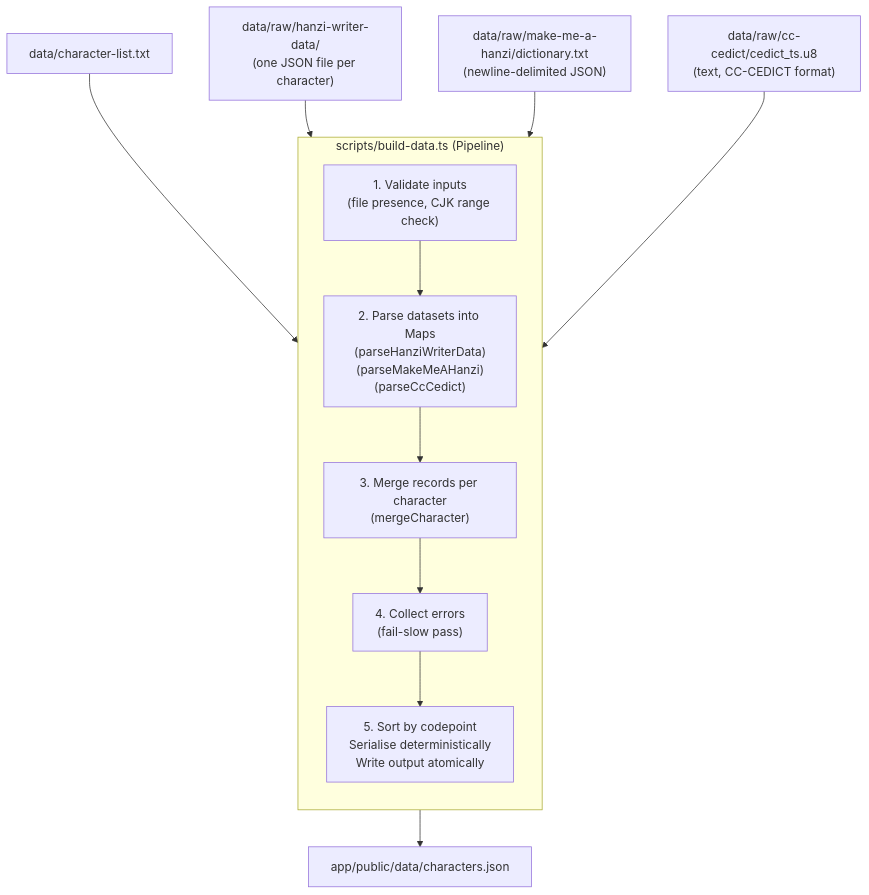
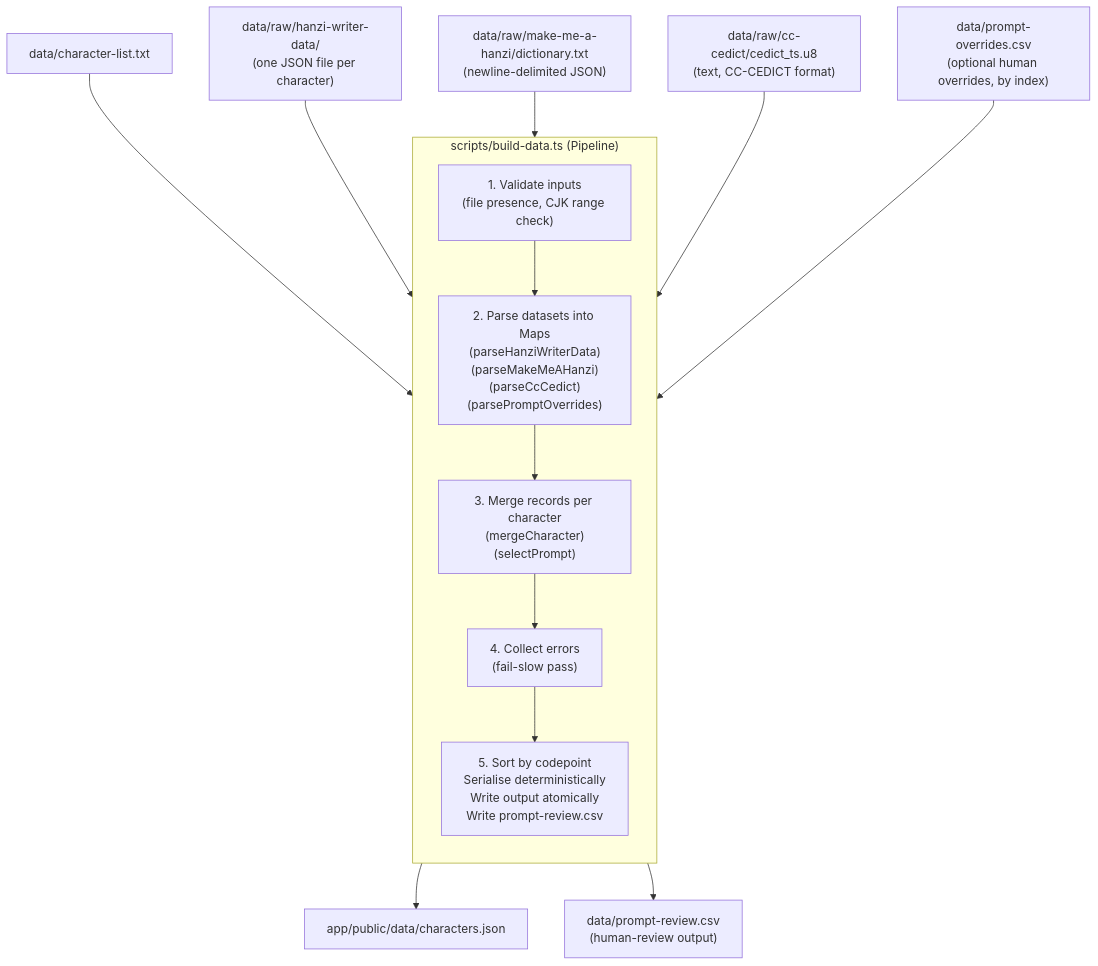
The diagram in .kiro/specs/character-dataset/design.md (Taki-PRO/ghost-script), drawn with Mermaid before and after one commit. The commit also changed other lines of this file and 2 other files, not shown here.

Commit message:
Spec update: per-character ghost prompt (Requirement 6)

````diff
--- a/.kiro/specs/character-dataset/design.md
+++ b/.kiro/specs/character-dataset/design.md
@@ -13,24 +13,27 @@
 ```mermaid
 flowchart TD
     CL["data/character-list.txt"]
     HWD["data/raw/hanzi-writer-data/\n(one JSON file per character)"]
     MMH["data/raw/make-me-a-hanzi/dictionary.txt\n(newline-delimited JSON)"]
     CCD["data/raw/cc-cedict/cedict_ts.u8\n(text, CC-CEDICT format)"]
+    OVR["data/prompt-overrides.csv\n(optional human overrides, by index)"]
 
     CL --> P
     HWD --> P
     MMH --> P
     CCD --> P
+    OVR --> P
 
     subgraph P["scripts/build-data.ts  (Pipeline)"]
         direction TB
         V["1. Validate inputs\n(file presence, CJK range check)"]
-        PA["2. Parse datasets into Maps\n(parseHanziWriterData)\n(parseMakeMeAHanzi)\n(parseCcCedict)"]
-        MG["3. Merge records per character\n(mergeCharacter)"]
+        PA["2. Parse datasets into Maps\n(parseHanziWriterData)\n(parseMakeMeAHanzi)\n(parseCcCedict)\n(parsePromptOverrides)"]
+        MG["3. Merge records per character\n(mergeCharacter)\n(selectPrompt)"]
         ER["4. Collect errors\n(fail-slow pass)"]
-        SV["5. Sort by codepoint\nSerialise deterministically\nWrite output atomically"]
+        SV["5. Sort by codepoint\nSerialise deterministically\nWrite output atomically\nWrite prompt-review.csv"]
         V --> PA --> MG --> ER --> SV
     end
 
     SV --> OUT["app/public/data/characters.json"]
+    SV --> REV["data/prompt-review.csv\n(human-review output)"]
 ```
````
